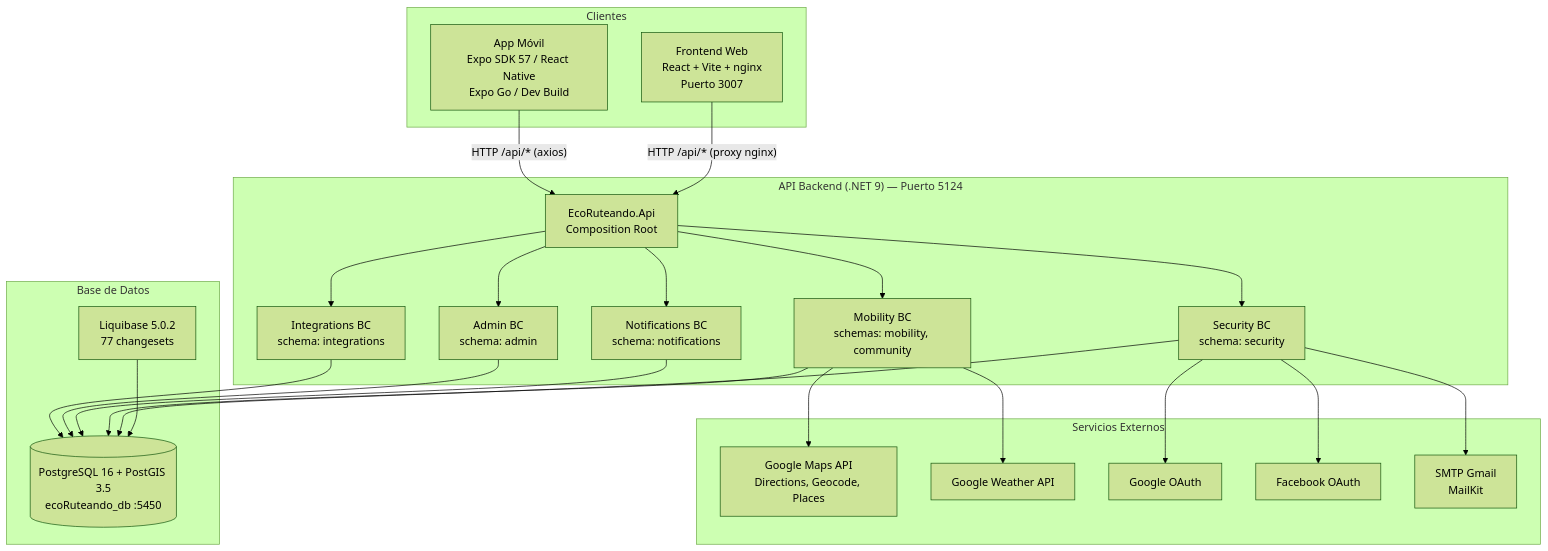
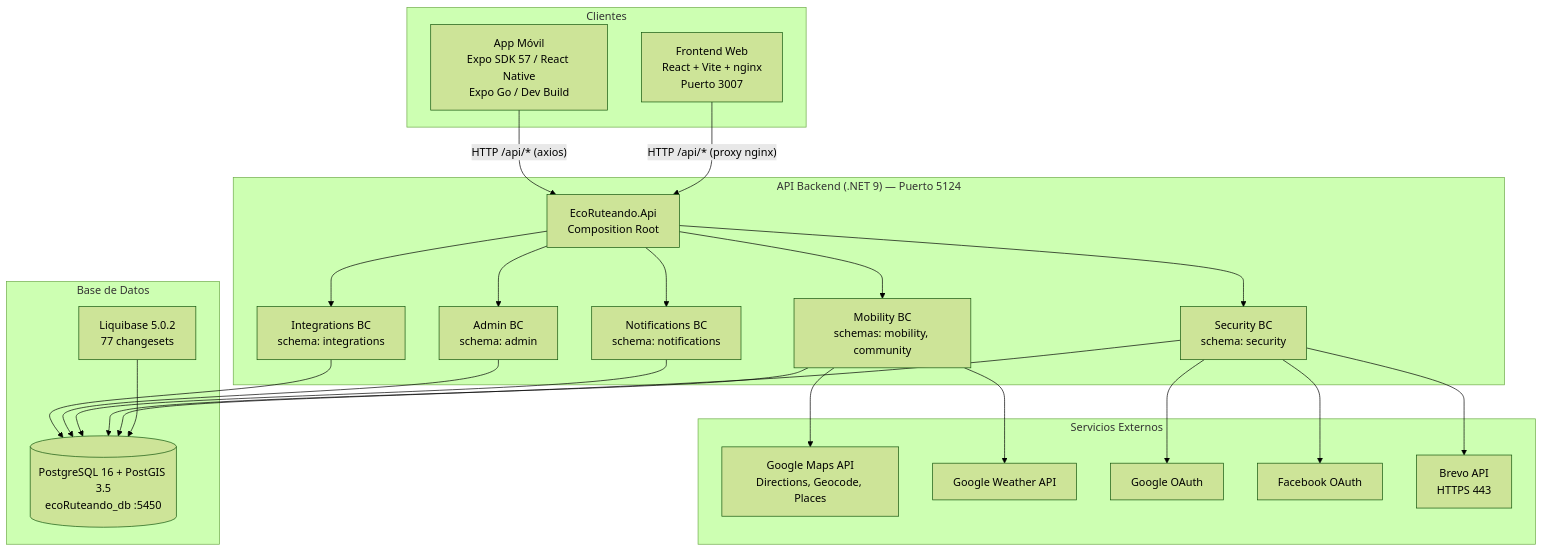
Before and after one commit to daniel2004-lsd/EcoRuteando: the first of 2 diagrams in documents/Manual-Tecnico-EcoRuteando.md, drawn with Mermaid (forest theme). The commit also changed other lines of this file, not shown here.

Commit message:
docs: update technical manual with Brevo email setup

````diff
--- a/documents/Manual-Tecnico-EcoRuteando.md
+++ b/documents/Manual-Tecnico-EcoRuteando.md
@@ -294,37 +294,37 @@
 ```mermaid
 graph TB
     subgraph "Clientes"
         WEB[Frontend Web<br/>React + Vite + nginx<br/>Puerto 3007]
         MOB[App Móvil<br/>Expo SDK 57 / React Native<br/>Expo Go / Dev Build]
     end
 
     subgraph "API Backend (.NET 9) — Puerto 5124"
         API[EcoRuteando.Api<br/>Composition Root]
         SEC[Security BC<br/>schema: security]
         MOB2[Mobility BC<br/>schemas: mobility, community]
         NOT[Notifications BC<br/>schema: notifications]
         ADM[Admin BC<br/>schema: admin]
         INT[Integrations BC<br/>schema: integrations]
         API --> SEC & MOB2 & NOT & ADM & INT
     end
 
     subgraph "Base de Datos"
         PG[(PostgreSQL 16 + PostGIS 3.5<br/>ecoRuteando_db :5450)]
         LB[Liquibase 5.0.2<br/>77 changesets]
         LB --> PG
     end
 
     subgraph "Servicios Externos"
         GM[Google Maps API<br/>Directions, Geocode, Places]
         GW[Google Weather API]
         GO[Google OAuth]
         FB[Facebook OAuth]
-        SMTP[SMTP Gmail<br/>MailKit]
+        BREVO[Brevo API<br/>HTTPS 443]
     end
 
     WEB -->|"HTTP /api/* (proxy nginx)"| API
     MOB -->|"HTTP /api/* (axios)"| API
     SEC & MOB2 & NOT & ADM & INT --> PG
     MOB2 --> GM & GW
-    SEC --> GO & FB & SMTP
+    SEC --> GO & FB & BREVO
 ```
````
